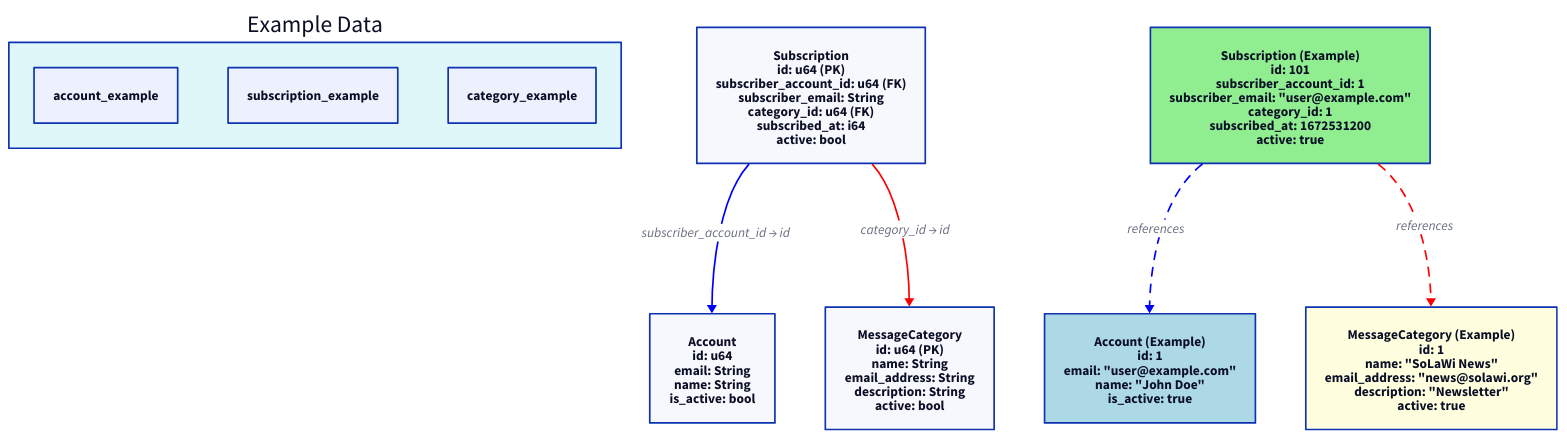
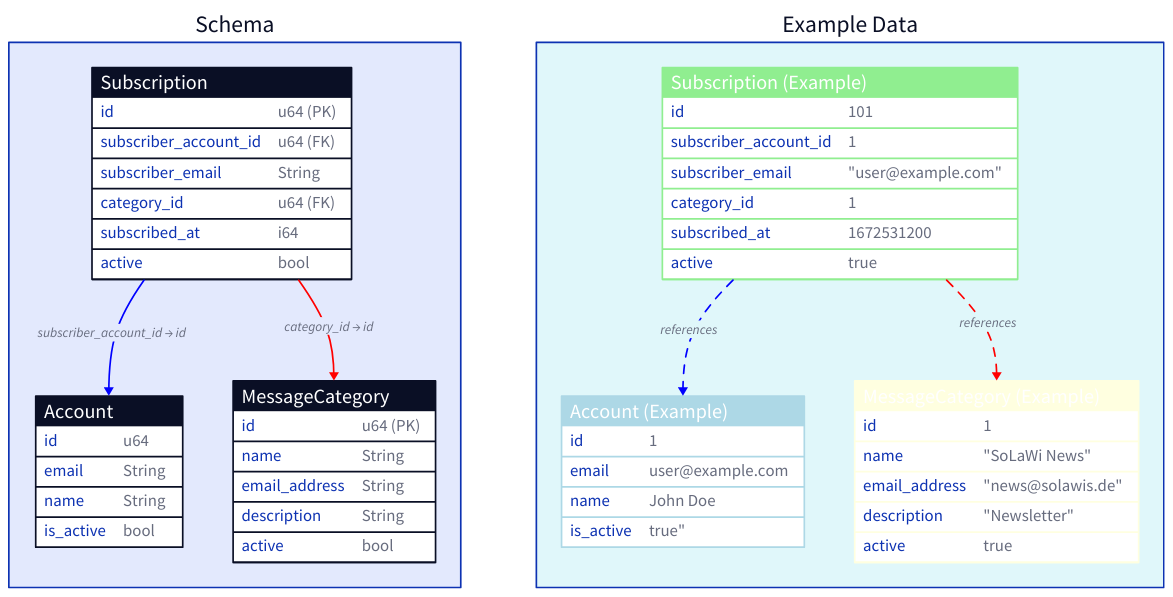
One commit to enaut/kommunikationszentrum changed the diagram in docs/src/email/subscriptions-relationships.d2. Above: the diagram before and after it, drawn with D2. The commit also changed 12 other files, not shown here.

```diff
--- a/docs/src/email/subscriptions-relationships.d2
+++ b/docs/src/email/subscriptions-relationships.d2
@@ -1,38 +1,75 @@
 direction: down
 
-account: "Account\nid: u64\nemail: String\nname: String\nis_active: bool"
-subscriptions: "Subscription\nid: u64 (PK)\nsubscriber_account_id: u64 (FK)\nsubscriber_email: String\ncategory_id: u64 (FK)\nsubscribed_at: i64\nactive: bool"
-categories: "MessageCategory\nid: u64 (PK)\nname: String\nemail_address: String\ndescription: String\nactive: bool"
+Schema: {
+  account: "Account" {
+    shape: sql_table
+    id: u64
+    email: String
+    name: String
+    is_active: bool
+  }
+  subscriptions: "Subscription" {
+    shape: sql_table
+    id: u64 (PK)
+    subscriber_account_id: u64 (FK)
+    subscriber_email: String
+    category_id: u64 (FK)
+    subscribed_at: i64
+    active: bool
+  }
+  categories: "MessageCategory" {
+    shape: sql_table
+    id: u64 (PK)
+    name: String
+    email_address: String
+    description: String
+    active: bool
+  }
 
-subscriptions -> account: "subscriber_account_id → id" {
-  style.stroke: blue
-}
-subscriptions -> categories: "category_id → id" {
-  style.stroke: red
-}
-
-account_example: "Account (Example)\nid: 1\nemail: \"user@example.com\"\nname: \"John Doe\"\nis_active: true" {
-  style.fill: lightblue
-}
-subscription_example: "Subscription (Example)\nid: 101\nsubscriber_account_id: 1\nsubscriber_email: \"user@example.com\"\ncategory_id: 1\nsubscribed_at: 1672531200\nactive: true" {
-  style.fill: lightgreen
-}
-category_example: "MessageCategory (Example)\nid: 1\nname: \"SoLaWi News\"\nemail_address: \"news@solawi.org\"\ndescription: \"Newsletter\"\nactive: true" {
-  style.fill: lightyellow
-}
-
-subscription_example -> account_example: "references" {
-  style.stroke: blue
-  style.stroke-dash: 5
-}
-subscription_example -> category_example: "references" {
-  style.stroke: red
-  style.stroke-dash: 5
+  subscriptions.subscriber_account_id -> account.id: "subscriber_account_id → id" {
+    style.stroke: blue
+  }
+  subscriptions.category_id -> categories.id: "category_id → id" {
+    style.stroke: red
+  }
 }
 
 example_data: "Example Data" {
   style.fill: "#e0f7fa"
-  account_example
-  subscription_example
-  category_example
+  account_example: "Account (Example)" {
+    shape: sql_table
+    style.fill: lightblue
+    id: 1
+    email: "user@example.com"
+    name: "John Doe"
+    is_active: true"
+  }
+  subscription_example: "Subscription (Example)" {
+    style.fill: lightgreen
+    shape: sql_table
+    id: 101
+    subscriber_account_id: 1
+    subscriber_email: \"user@example.com\"
+    category_id: 1
+    subscribed_at: 1672531200
+    active: true
+  }
+  category_example: "MessageCategory (Example)" {
+    shape: sql_table
+    style.fill: lightyellow
+    id: 1
+    name: \"SoLaWi News\"
+    email_address: \"news@solawis.de\"
+    description: \"Newsletter\"
+    active: true
+  }
+
+  subscription_example.subscriber_account_id -> account_example.id: "references" {
+    style.stroke: blue
+    style.stroke-dash: 5
+  }
+  subscription_example.category_id -> category_example.id: "references" {
+    style.stroke: red
+    style.stroke-dash: 5
+  }
 }
```
